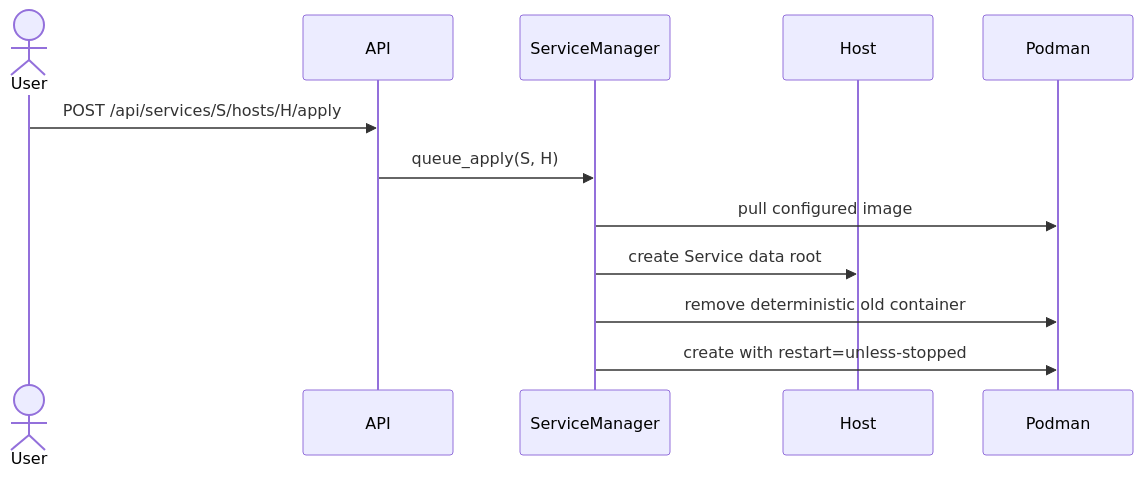
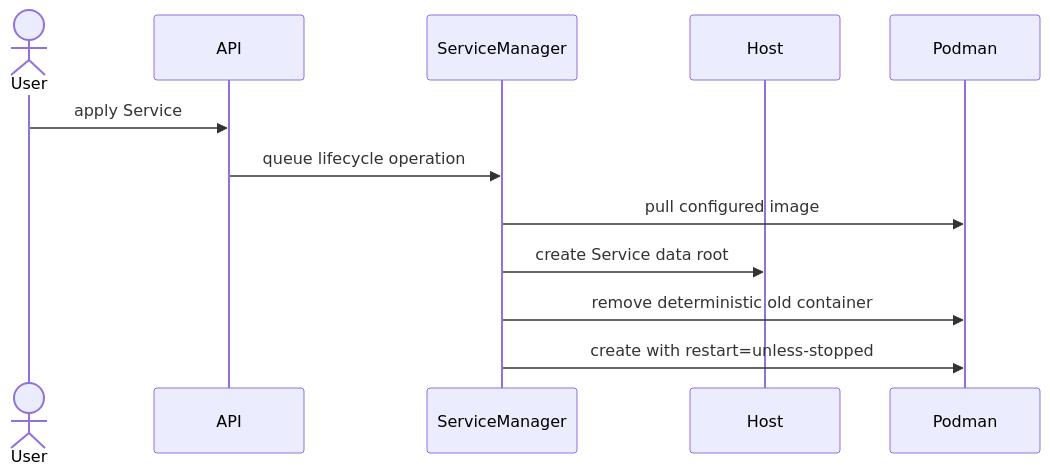
The fourth of 4 diagrams in src/codespace/DESIGN.md (curoky/codespace), drawn with Mermaid before and after one commit. The commit also changed other lines of this file and 43 other files, not shown here.

````diff
--- a/src/codespace/DESIGN.md
+++ b/src/codespace/DESIGN.md
@@ -134,15 +133,15 @@
 ```mermaid
 sequenceDiagram
     actor User
     participant API
     participant Manager as ServiceManager
     participant Host
     participant Podman
 
-    User->>API: POST /api/services/S/hosts/H/apply
-    API->>Manager: queue_apply(S, H)
+    User->>API: apply Service
+    API->>Manager: queue lifecycle operation
     Manager->>Podman: pull configured image
     Manager->>Host: create Service data root
     Manager->>Podman: remove deterministic old container
     Manager->>Podman: create with restart=unless-stopped
 ```
````
